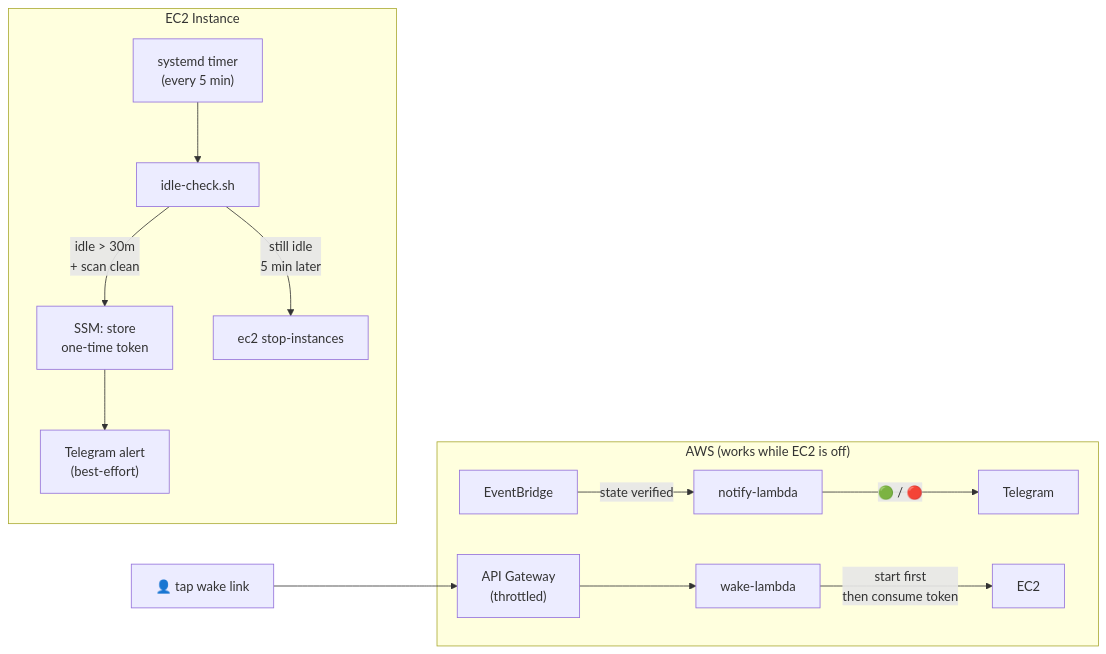
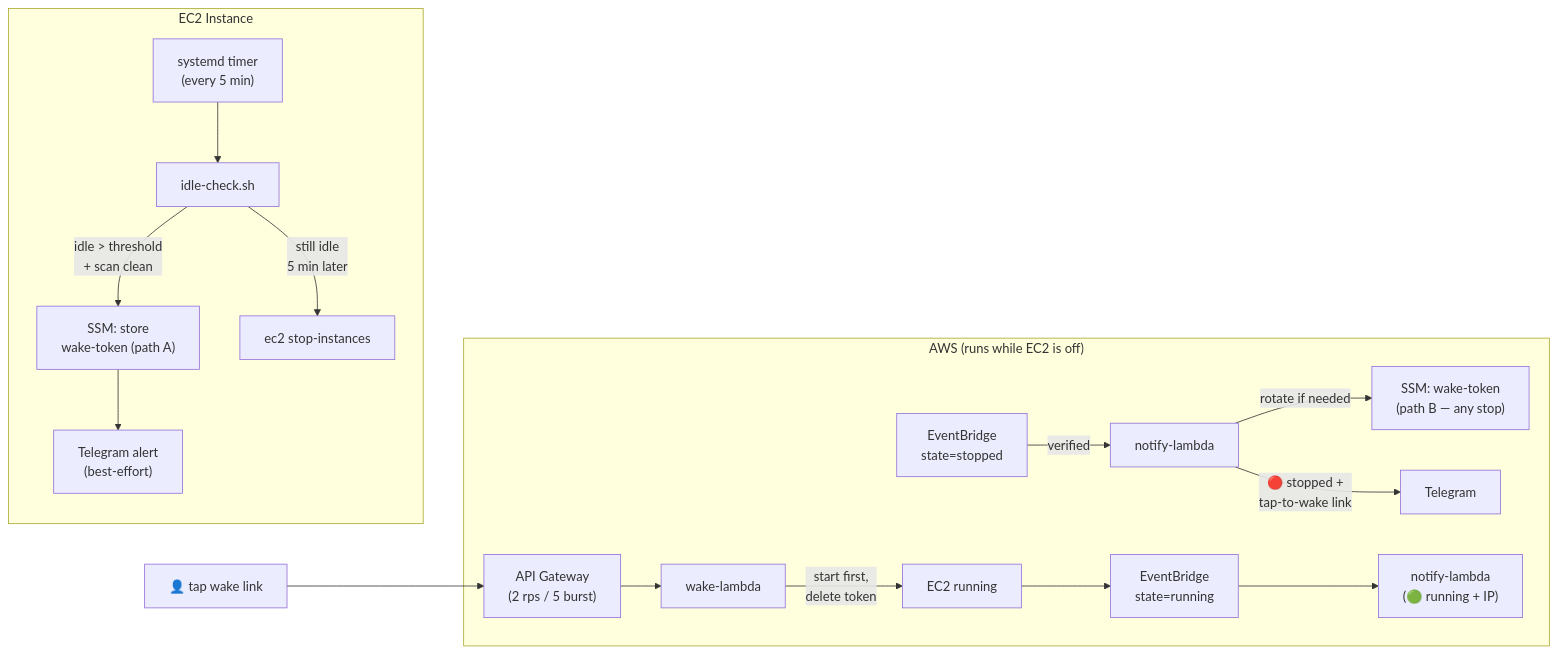
One commit to inceptionstack/loki-agent changed the diagram in bootstraps/optional/idle-shutdown/README.md. Above: the diagram before and after it, drawn with Mermaid. The commit also changed other lines of this file and 6 other files, not shown here.

First line of the commit message:
Harden idle-shutdown bootstrap: blocklist activity detection, install/uninstall scripts, systemd hardening (#20)

````diff
--- a/bootstraps/optional/idle-shutdown/README.md
+++ b/bootstraps/optional/idle-shutdown/README.md
@@ -23,18 +27,21 @@
 ```mermaid
 flowchart LR
     subgraph EC2["EC2 Instance"]
-        Timer["systemd timer\n(every 5 min)"] --> Script["idle-check.sh"]
-        Script -->|"idle > 30m\n+ scan clean"| SSM_PUT["SSM: store\none-time token"]
-        SSM_PUT --> TG_ALERT["Telegram alert\n(best-effort)"]
-        Script -->|"still idle\n5 min later"| SHUTDOWN["ec2 stop-instances"]
+        Timer["systemd timer<br/>(every 5 min)"] --> Script["idle-check.sh"]
+        Script -->|"idle > threshold<br/>+ scan clean"| SSM_PUT1["SSM: store<br/>wake-token (path A)"]
+        SSM_PUT1 --> TG_ALERT["Telegram alert<br/>(best-effort)"]
+        Script -->|"still idle<br/>5 min later"| SHUTDOWN["ec2 stop-instances"]
     end
 
-    subgraph AWS["AWS (works while EC2 is off)"]
-        EB["EventBridge"] -->|"state verified"| NotifyLambda["notify-lambda"]
-        NotifyLambda -->|"🟢 / 🔴"| TG_NOTIFY["Telegram"]
-        APIGW["API Gateway\n(throttled)"] --> WakeLambda["wake-lambda"]
-        WakeLambda -->|"start first\nthen consume token"| EC2_START["EC2"]
+    subgraph AWS["AWS (runs while EC2 is off)"]
+        EB["EventBridge<br/>state=stopped"] -->|"verified"| NotifyLambda["notify-lambda"]
+        NotifyLambda -->|"rotate if needed"| SSM_PUT2["SSM: wake-token<br/>(path B — any stop)"]
+        NotifyLambda -->|"🔴 stopped +<br/>tap-to-wake link"| TG_NOTIFY["Telegram"]
+        APIGW["API Gateway<br/>(2 rps / 5 burst)"] --> WakeLambda["wake-lambda"]
+        WakeLambda -->|"start first,<br/>delete token"| EC2_START["EC2 running"]
+        EC2_START --> EB2["EventBridge<br/>state=running"]
+        EB2 --> NotifyLambda2["notify-lambda<br/>(🟢 running + IP)"]
     end
 
     User["👤 tap wake link"] --> APIGW
 ```
````
